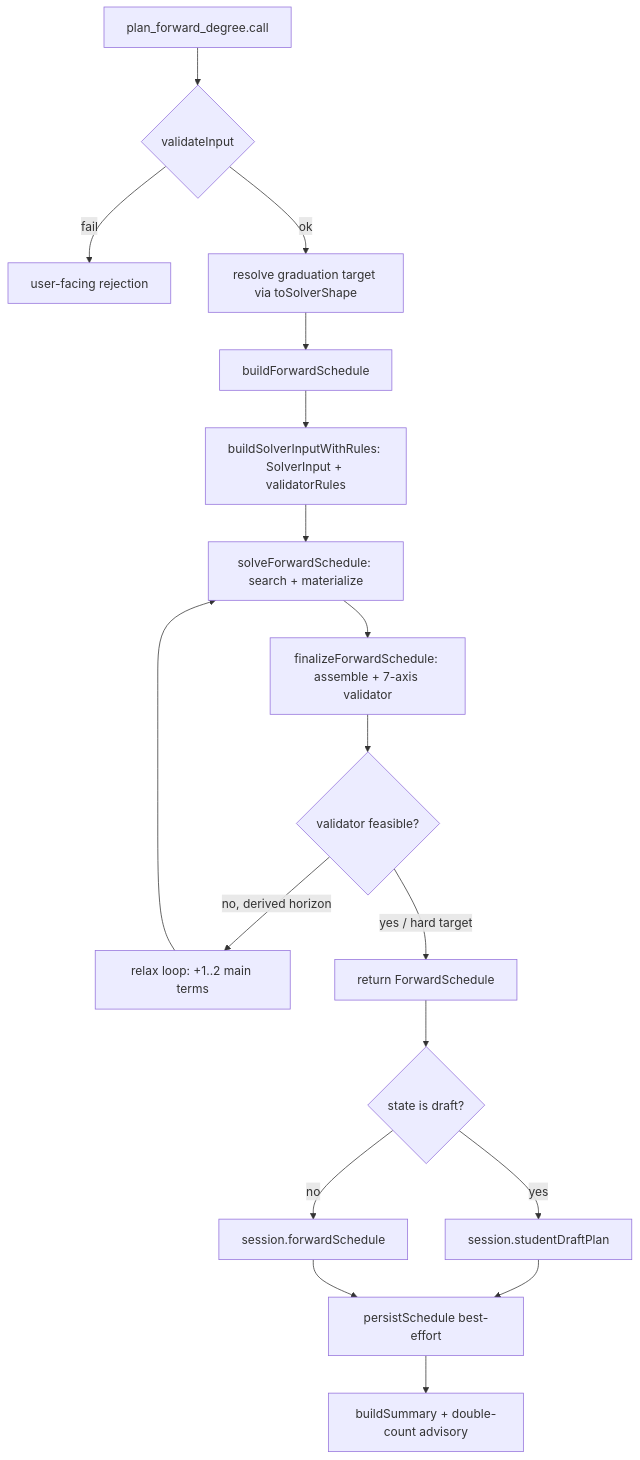
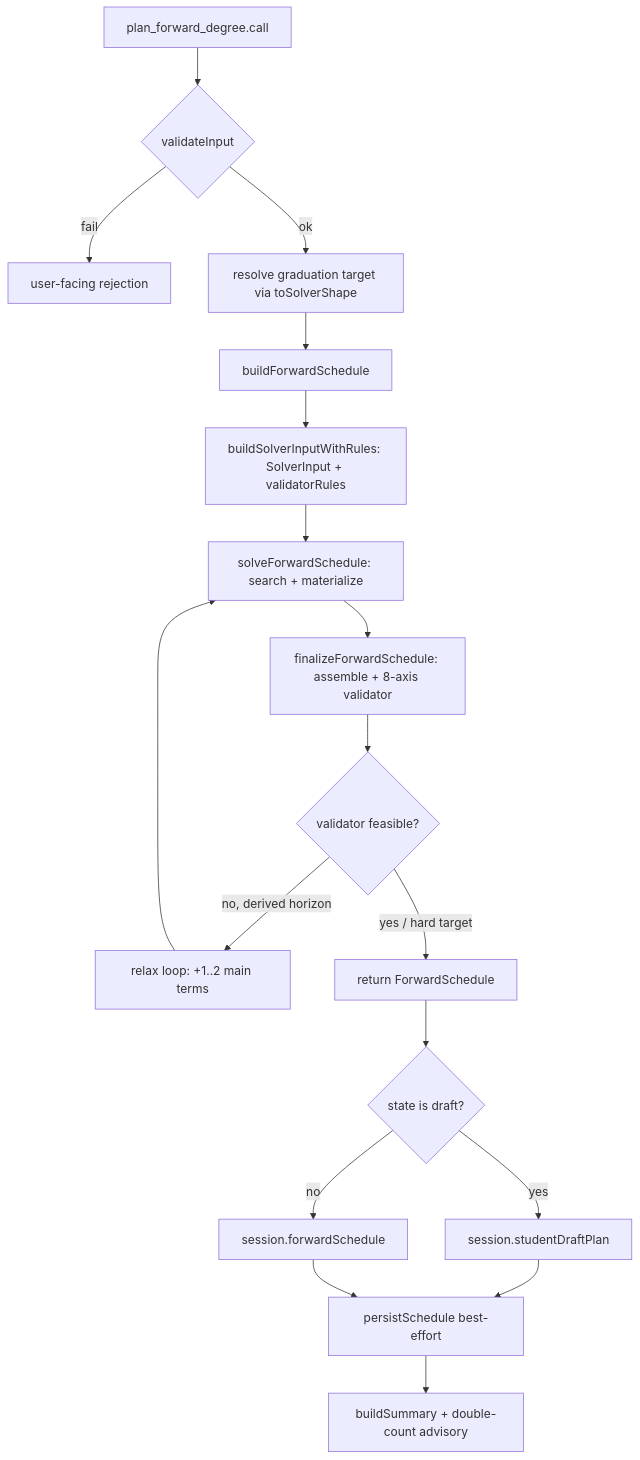
One commit to EdoardoMongardi/NYU_Path changed the second of 3 diagrams in Docs/current-system/tools/plan_forward_degree.md. Above: the diagram before and after it, drawn with Mermaid. The commit also changed other lines of this file and 3 other files, not shown here.

````diff
--- a/Docs/current-system/tools/plan_forward_degree.md
+++ b/Docs/current-system/tools/plan_forward_degree.md
@@ -101,20 +101,20 @@
 ```mermaid
 flowchart TD
     A[plan_forward_degree.call] --> B{validateInput}
     B -- fail --> Z[user-facing rejection]
     B -- ok --> C[resolve graduation target via toSolverShape]
     C --> D[buildForwardSchedule]
     D --> E[buildSolverInputWithRules: SolverInput + validatorRules]
     E --> F[solveForwardSchedule: search + materialize]
-    F --> G[finalizeForwardSchedule: assemble + 7-axis validator]
+    F --> G[finalizeForwardSchedule: assemble + 8-axis validator]
     G --> H{validator feasible?}
     H -- no, derived horizon --> I[relax loop: +1..2 main terms]
     I --> F
     H -- yes / hard target --> J[return ForwardSchedule]
     J --> K{state is draft?}
     K -- yes --> L[session.studentDraftPlan]
     K -- no --> M[session.forwardSchedule]
     L --> N[persistSchedule best-effort]
     M --> N
     N --> O[buildSummary + double-count advisory]
 ```
````
